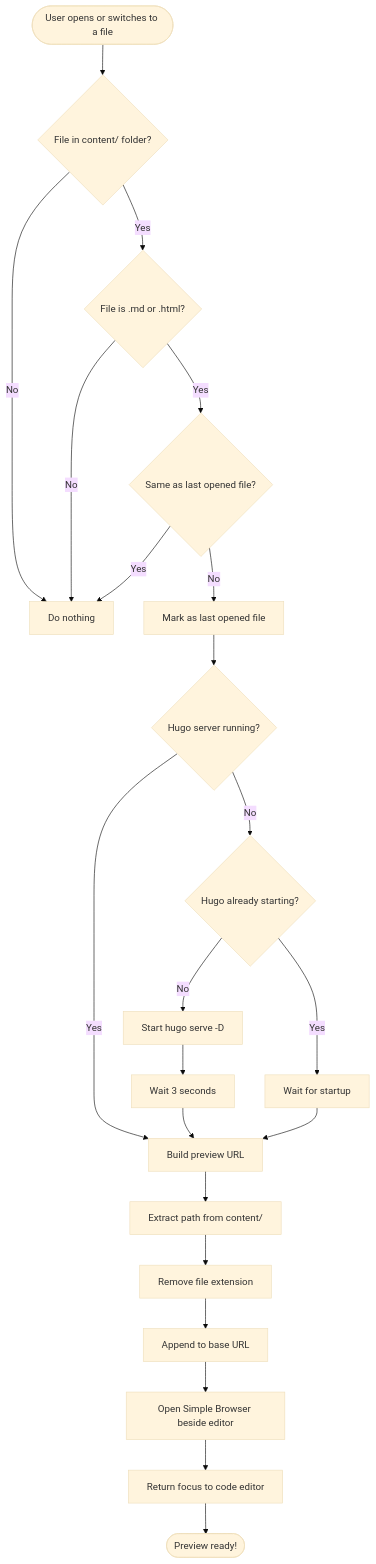
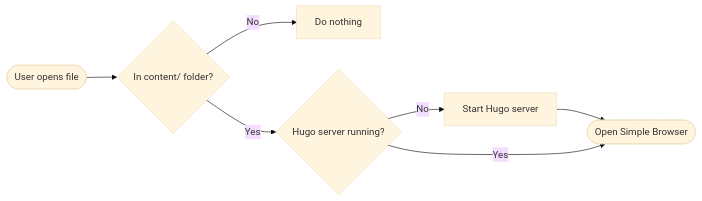
Before and after one commit to nonlinear/nonlinear.github.io: the first of 2 diagrams in content/tools/preview-in-browser.md, drawn with Mermaid (base theme). The commit also changed other lines of this file and 15 other files, not shown here.

````diff
--- a/content/tools/preview-in-browser.md
+++ b/content/tools/preview-in-browser.md
@@ -28,24 +22,9 @@
 ```mermaid
-flowchart TD
-    A([User opens or switches to a file]) --> B{File in content/ folder?}
+flowchart LR
+    A([User opens file]) --> B{In content/ folder?}
     B -- No --> Z[Do nothing]
-    B -- Yes --> C{File is .md or .html?}
-    C -- No --> Z
-    C -- Yes --> D{Same as last opened file?}
-    D -- Yes --> Z
-    D -- No --> E[Mark as last opened file]
-    E --> F{Hugo server running?}
-    F -- Yes --> G[Build preview URL]
-    F -- No --> H{Hugo already starting?}
-    H -- Yes --> I[Wait for startup]
-    H -- No --> J[Start hugo serve -D]
-    J --> K[Wait 3 seconds]
-    K --> G
-    I --> G
-    G --> L[Extract path from content/]
-    L --> M[Remove file extension]
-    M --> N[Append to base URL]
-    N --> O[Open Simple Browser beside editor]
-    O --> P[Return focus to code editor]
-    P --> Q([Preview ready!])
+    B -- Yes --> C{Hugo server running?}
+    C -- No --> D[Start Hugo server]
+    D --> E([Open Simple Browser])
+    C -- Yes --> E
 ```
````
